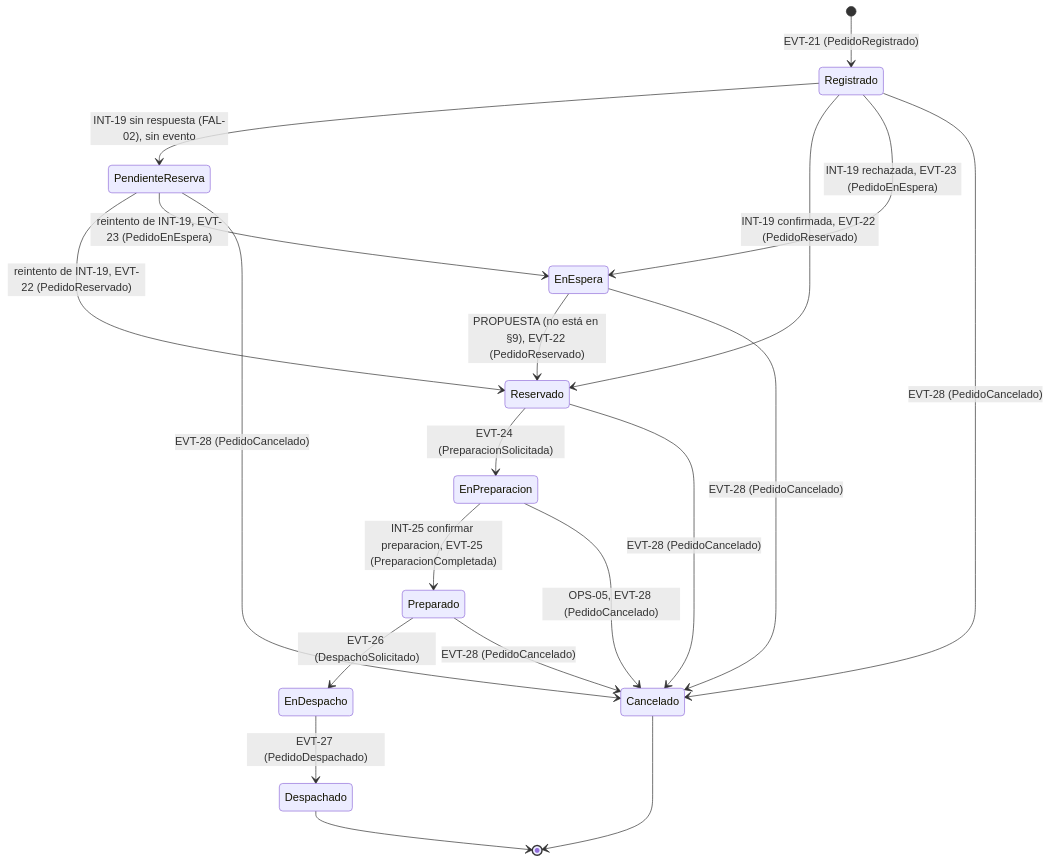
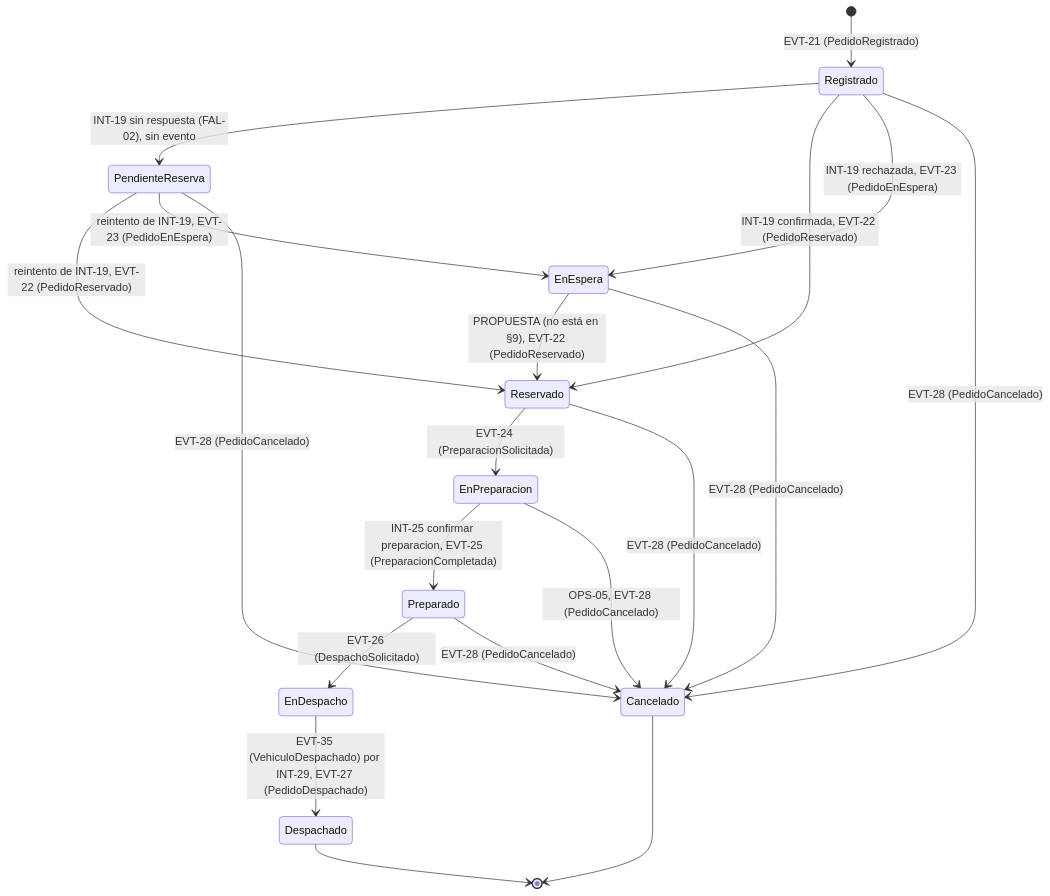
The diagram in equipo/P6-CamGranda/HU-07-anexo-pedidos-flota.md (elorgus/Deber-2-Sistemas), drawn with Mermaid before and after one commit. The commit also changed other lines of this file, not shown here.

````diff
--- a/equipo/P6-CamGranda/HU-07-anexo-pedidos-flota.md
+++ b/equipo/P6-CamGranda/HU-07-anexo-pedidos-flota.md
@@ -62,28 +68,28 @@
 ```mermaid
 stateDiagram-v2
     [*] --> Registrado : EVT-21 (PedidoRegistrado)
 
     Registrado --> PendienteReserva : INT-19 sin respuesta (FAL-02), sin evento
     Registrado --> Reservado : INT-19 confirmada, EVT-22 (PedidoReservado)
     Registrado --> EnEspera : INT-19 rechazada, EVT-23 (PedidoEnEspera)
 
     PendienteReserva --> Reservado : reintento de INT-19, EVT-22 (PedidoReservado)
     PendienteReserva --> EnEspera : reintento de INT-19, EVT-23 (PedidoEnEspera)
 
     EnEspera --> Reservado : PROPUESTA (no está en §9), EVT-22 (PedidoReservado)
 
     Reservado --> EnPreparacion : EVT-24 (PreparacionSolicitada)
     EnPreparacion --> Preparado : INT-25 confirmar preparacion, EVT-25 (PreparacionCompletada)
     Preparado --> EnDespacho : EVT-26 (DespachoSolicitado)
-    EnDespacho --> Despachado : EVT-27 (PedidoDespachado)
+    EnDespacho --> Despachado : EVT-35 (VehiculoDespachado) por INT-29, EVT-27 (PedidoDespachado)
 
     Registrado --> Cancelado : EVT-28 (PedidoCancelado)
     PendienteReserva --> Cancelado : EVT-28 (PedidoCancelado)
     EnEspera --> Cancelado : EVT-28 (PedidoCancelado)
     Reservado --> Cancelado : EVT-28 (PedidoCancelado)
     EnPreparacion --> Cancelado : OPS-05, EVT-28 (PedidoCancelado)
     Preparado --> Cancelado : EVT-28 (PedidoCancelado)
 
     Despachado --> [*]
     Cancelado --> [*]
 ```
````
